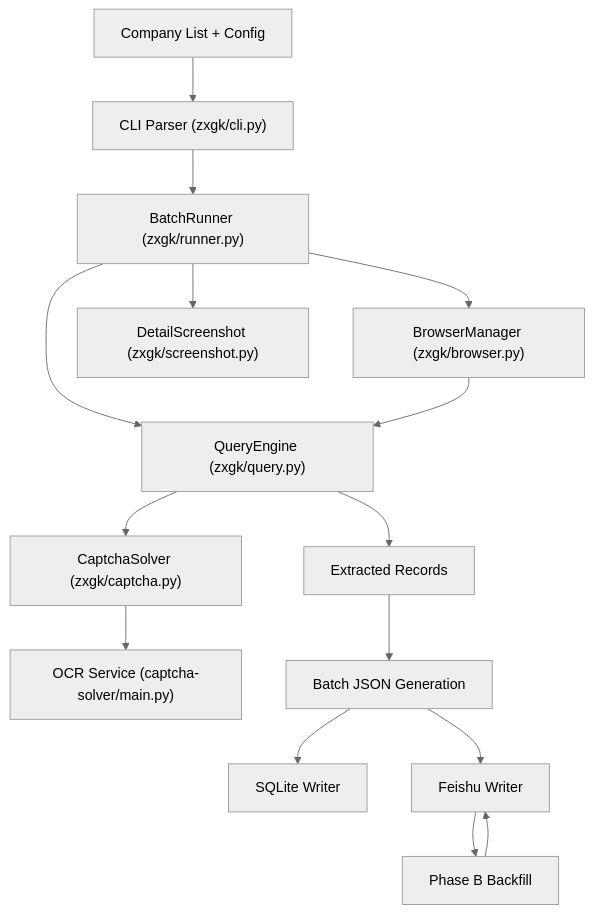
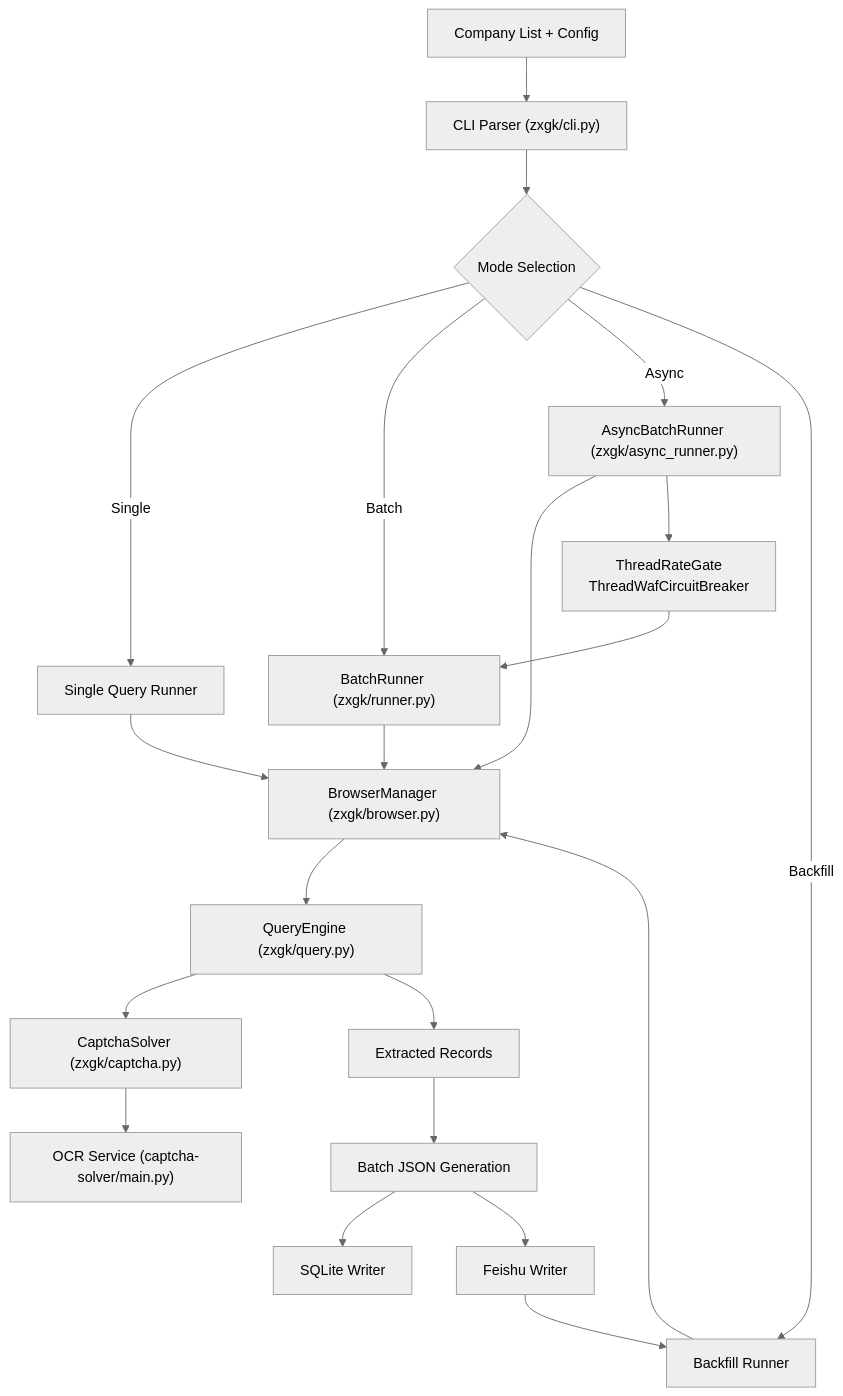
One commit to supotato-ipj/zxgk_auto_query-skill changed the eighth of 11 diagrams in .qoder/repowiki/en/content/Core Architecture/Core Architecture.md. Above: the diagram before and after it, drawn with Mermaid (neutral theme). The commit also changed other lines of this file and 19 other files, not shown here.

````diff
--- a/.qoder/repowiki/en/content/Core Architecture/Core Architecture.md
+++ b/.qoder/repowiki/en/content/Core Architecture/Core Architecture.md
@@ -586,17 +683,23 @@
 ```mermaid
 flowchart TD
 Input["Company List + Config"] --> CLI["CLI Parser (zxgk/cli.py)"]
-CLI --> Runner["BatchRunner (zxgk/runner.py)"]
-Runner --> Browser["BrowserManager (zxgk/browser.py)"]
-Runner --> Query["QueryEngine (zxgk/query.py)"]
-Runner --> Screenshot["DetailScreenshot (zxgk/screenshot.py)"]
+CLI --> Mode{"Mode Selection"}
+Mode --> |Single| SingleRunner["Single Query Runner"]
+Mode --> |Batch| SyncRunner["BatchRunner (zxgk/runner.py)"]
+Mode --> |Async| AsyncRunner["AsyncBatchRunner (zxgk/async_runner.py)"]
+Mode --> |Backfill| Backfill["Backfill Runner"]
+SingleRunner --> Browser["BrowserManager (zxgk/browser.py)"]
+SyncRunner --> Browser
+AsyncRunner --> Browser
+Backfill --> Browser
+Browser --> Query["QueryEngine (zxgk/query.py)"]
 Query --> Captcha["CaptchaSolver (zxgk/captcha.py)"]
 Captcha --> OCR["OCR Service (captcha-solver/main.py)"]
-Browser --> Query
 Query --> Results["Extracted Records"]
 Results --> JSON["Batch JSON Generation"]
 JSON --> SQLite["SQLite Writer"]
 JSON --> Feishu["Feishu Writer"]
-Feishu --> Backfill["Phase B Backfill"]
-Backfill --> Feishu
+Feishu --> Backfill
+AsyncRunner --> AsyncPrimitives["ThreadRateGate<br/>ThreadWafCircuitBreaker"]
+AsyncPrimitives --> SyncRunner
 ```
````
